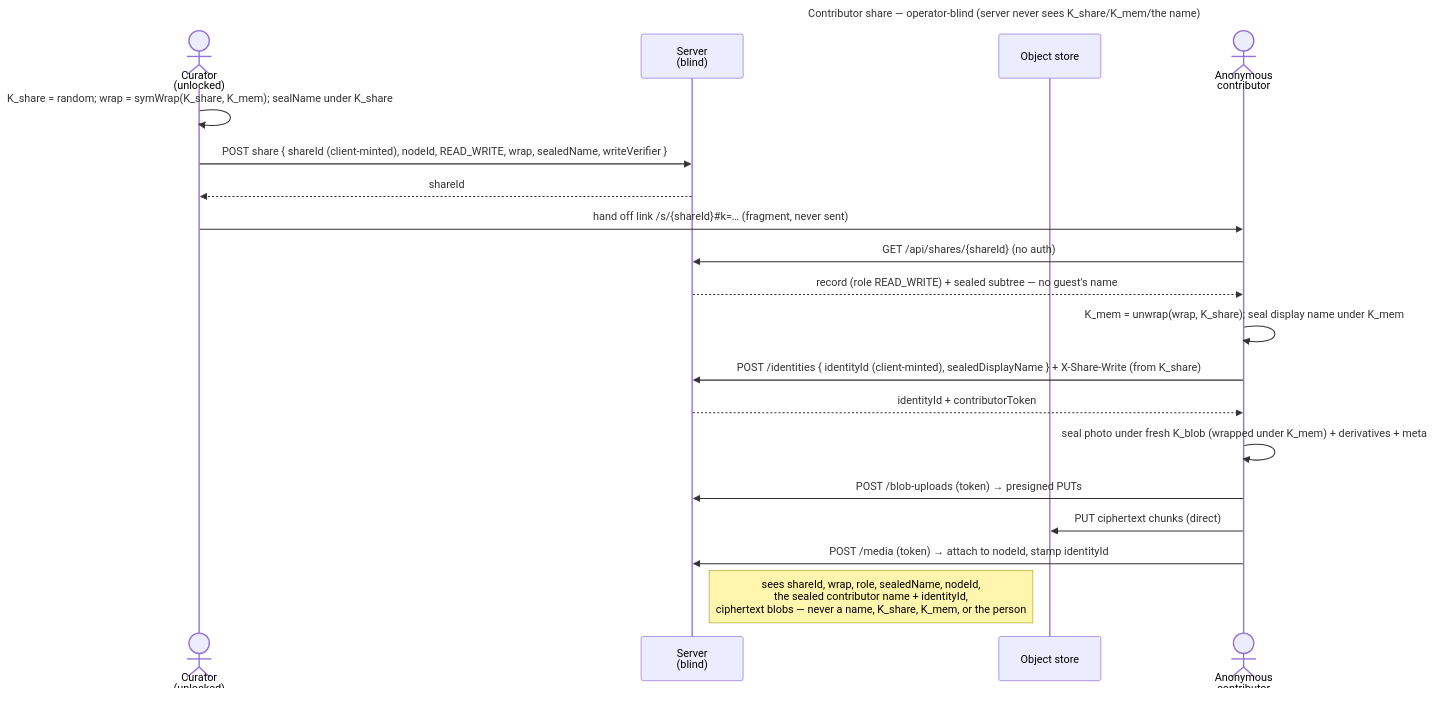
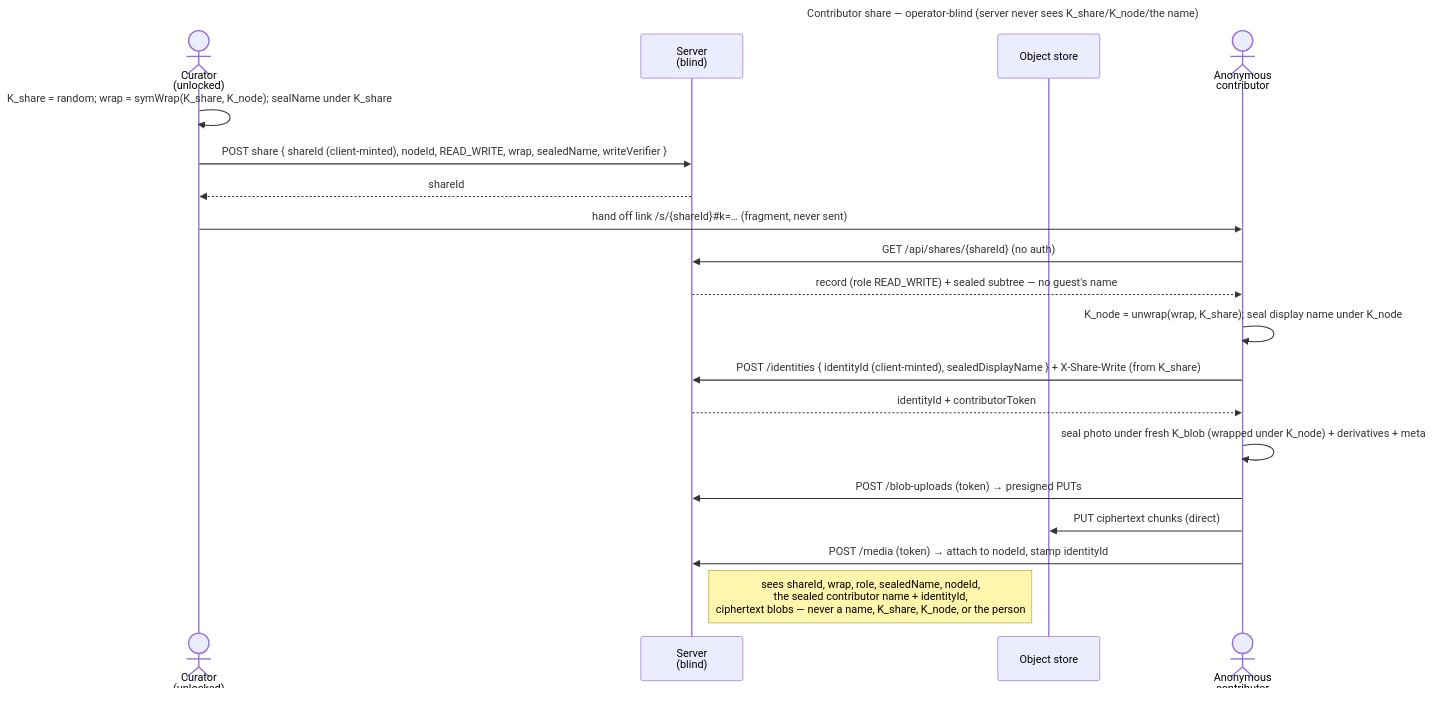
The diagram in docs/features/sharing/use-cases/uc.sharing.share-contributor.md (raddatzk/veyq), drawn with Mermaid before and after one commit. The commit also changed other lines of this file and 61 other files, not shown here.

Commit message:
docs: the node content key is K_node in ADRs, use-cases, enablers and coverage (cr-k-mem-becomes-k-node phase 2)

````diff
--- a/docs/features/sharing/use-cases/uc.sharing.share-contributor.md
+++ b/docs/features/sharing/use-cases/uc.sharing.share-contributor.md
@@ -72,24 +72,24 @@
 ```mermaid
 ---
-title: Contributor share — operator-blind (server never sees K_share/K_mem/the name)
+title: Contributor share — operator-blind (server never sees K_share/K_node/the name)
 ---
 sequenceDiagram
   actor C as Curator<br>(unlocked)
   participant S as Server<br>(blind)
   participant O as Object store
   actor V as Anonymous<br>contributor
-  C->>C: K_share = random#59; wrap = symWrap(K_share, K_mem)#59; sealName under K_share
+  C->>C: K_share = random#59; wrap = symWrap(K_share, K_node)#59; sealName under K_share
   C->>S: POST share { shareId (client-minted), nodeId, READ_WRITE, wrap, sealedName, writeVerifier }
   S-->>C: shareId
   C->>V: hand off link /s/{shareId}#35;k=…   (fragment, never sent)
   V->>S: GET /api/shares/{shareId}   (no auth)
   S-->>V: record (role READ_WRITE) + sealed subtree — no guest's name
-  V->>V: K_mem = unwrap(wrap, K_share)#59; seal display name under K_mem
+  V->>V: K_node = unwrap(wrap, K_share)#59; seal display name under K_node
   V->>S: POST /identities { identityId (client-minted), sealedDisplayName } + X-Share-Write (from K_share)
   S-->>V: identityId + contributorToken
-  V->>V: seal photo under fresh K_blob (wrapped under K_mem) + derivatives + meta
+  V->>V: seal photo under fresh K_blob (wrapped under K_node) + derivatives + meta
   V->>S: POST /blob-uploads (token) → presigned PUTs
   V->>O: PUT ciphertext chunks (direct)
   V->>S: POST /media (token) → attach to nodeId, stamp identityId
-  Note right of S: sees shareId, wrap, role, sealedName, nodeId,<br>the sealed contributor name + identityId,<br>ciphertext blobs — never a name, K_share, K_mem, or the person
+  Note right of S: sees shareId, wrap, role, sealedName, nodeId,<br>the sealed contributor name + identityId,<br>ciphertext blobs — never a name, K_share, K_node, or the person
 ```
````
